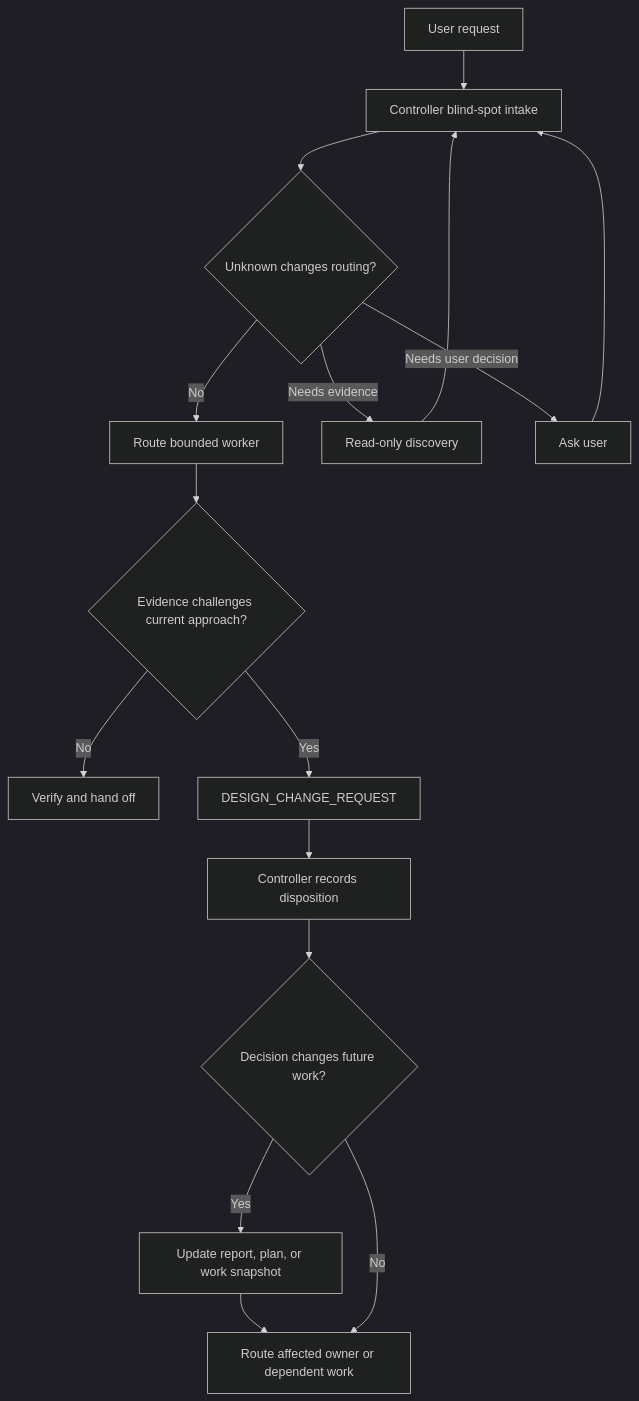
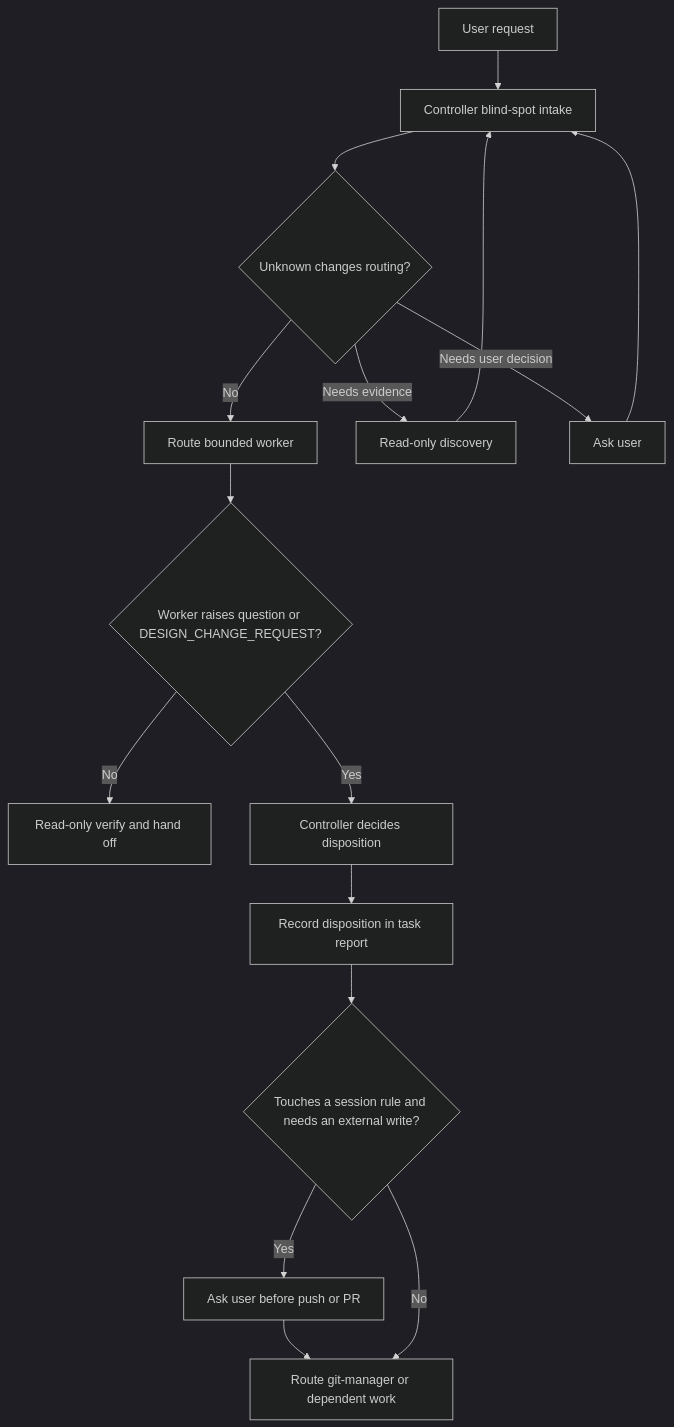
One commit to ngocsangyem/misa-herdr changed the diagram in README.md. Above: the diagram before and after it, drawn with Mermaid (dark theme). The commit also changed other lines of this file and 8 other files, not shown here.

````diff
--- a/README.md
+++ b/README.md
@@ -52,18 +59,18 @@
 ```mermaid
 flowchart TD
     A[User request] --> B[Controller blind-spot intake]
     B --> C{Unknown changes routing?}
     C -->|No| D[Route bounded worker]
     C -->|Needs evidence| E[Read-only discovery]
     E --> B
     C -->|Needs user decision| F[Ask user]
     F --> B
-    D --> G{Evidence challenges current approach?}
-    G -->|No| H[Verify and hand off]
-    G -->|Yes| I[DESIGN_CHANGE_REQUEST]
-    I --> J[Controller records disposition]
-    J --> K{Decision changes future work?}
-    K -->|Yes| L[Update report, plan, or work snapshot]
-    L --> M[Route affected owner or dependent work]
+    D --> G{Worker raises question or DESIGN_CHANGE_REQUEST?}
+    G -->|No| H[Read-only verify and hand off]
+    G -->|Yes| I[Controller decides disposition]
+    I --> J[Record disposition in task report]
+    J --> K{Touches a session rule and needs an external write?}
+    K -->|Yes| L[Ask user before push or PR]
+    L --> M[Route git-manager or dependent work]
     K -->|No| M
 ```
````
